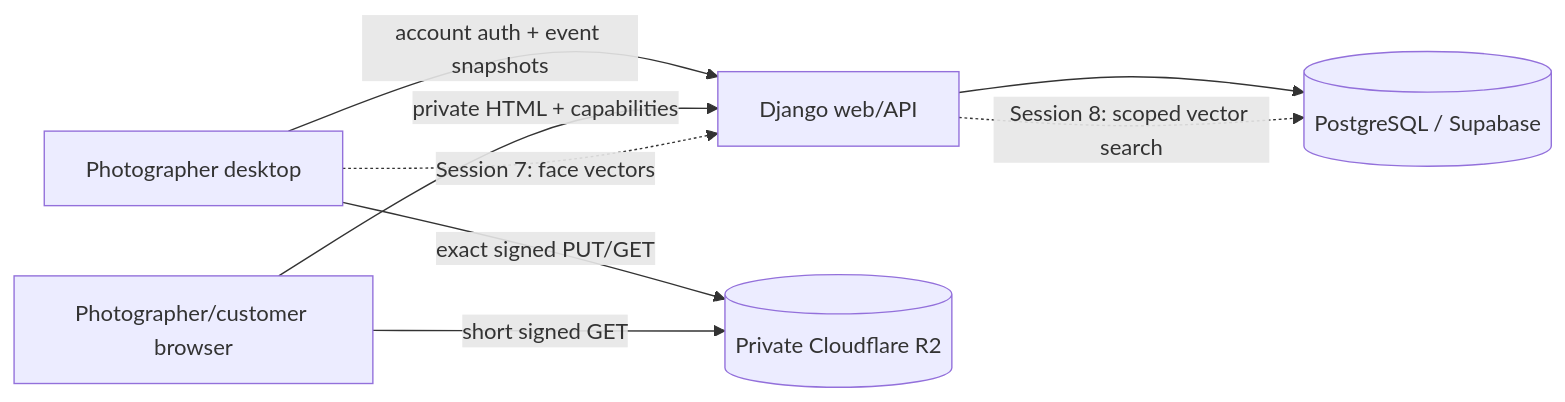
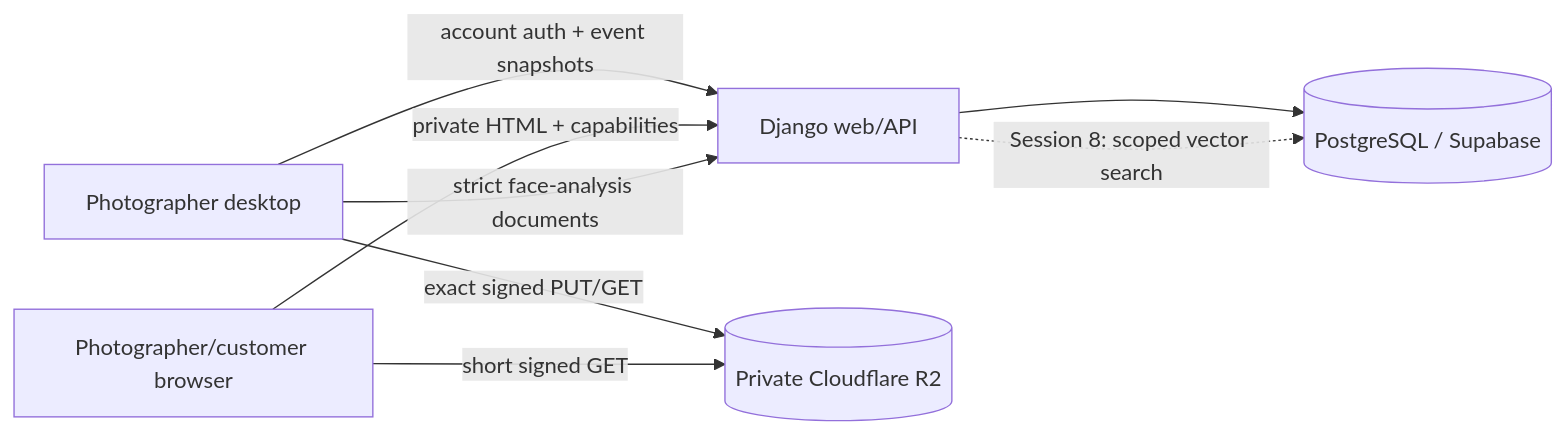
The first of 2 diagrams in OpenFotos_Markdown/OpenFotos_Product_and_Technical_Plan.md (openfotos/openfotos-platform), drawn with Mermaid before and after one commit. The commit also changed other lines of this file and 61 other files, not shown here.

````diff
--- a/OpenFotos_Markdown/OpenFotos_Product_and_Technical_Plan.md
+++ b/OpenFotos_Markdown/OpenFotos_Product_and_Technical_Plan.md
@@ -226,10 +236,10 @@
 ```mermaid
 flowchart LR
     D[Photographer desktop] -->|account auth + event snapshots| W[Django web/API]
     D -->|exact signed PUT/GET| R[(Private Cloudflare R2)]
     B[Photographer/customer browser] -->|private HTML + capabilities| W
     B -->|short signed GET| R
     W --> P[(PostgreSQL / Supabase)]
-    D -. Session 7: face vectors .-> W
+    D -->|strict face-analysis documents| W
     W -. Session 8: scoped vector search .-> P
 ```
````
